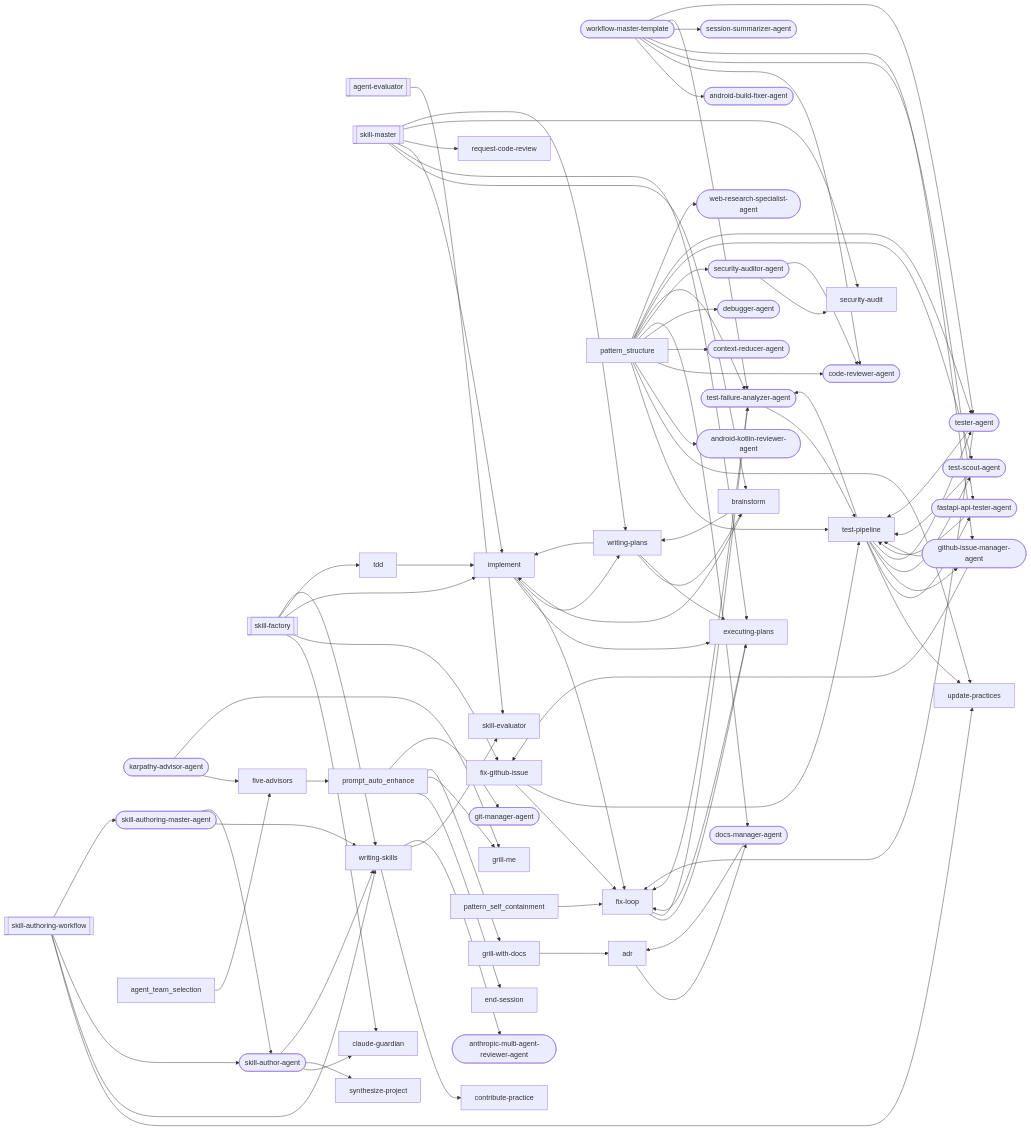
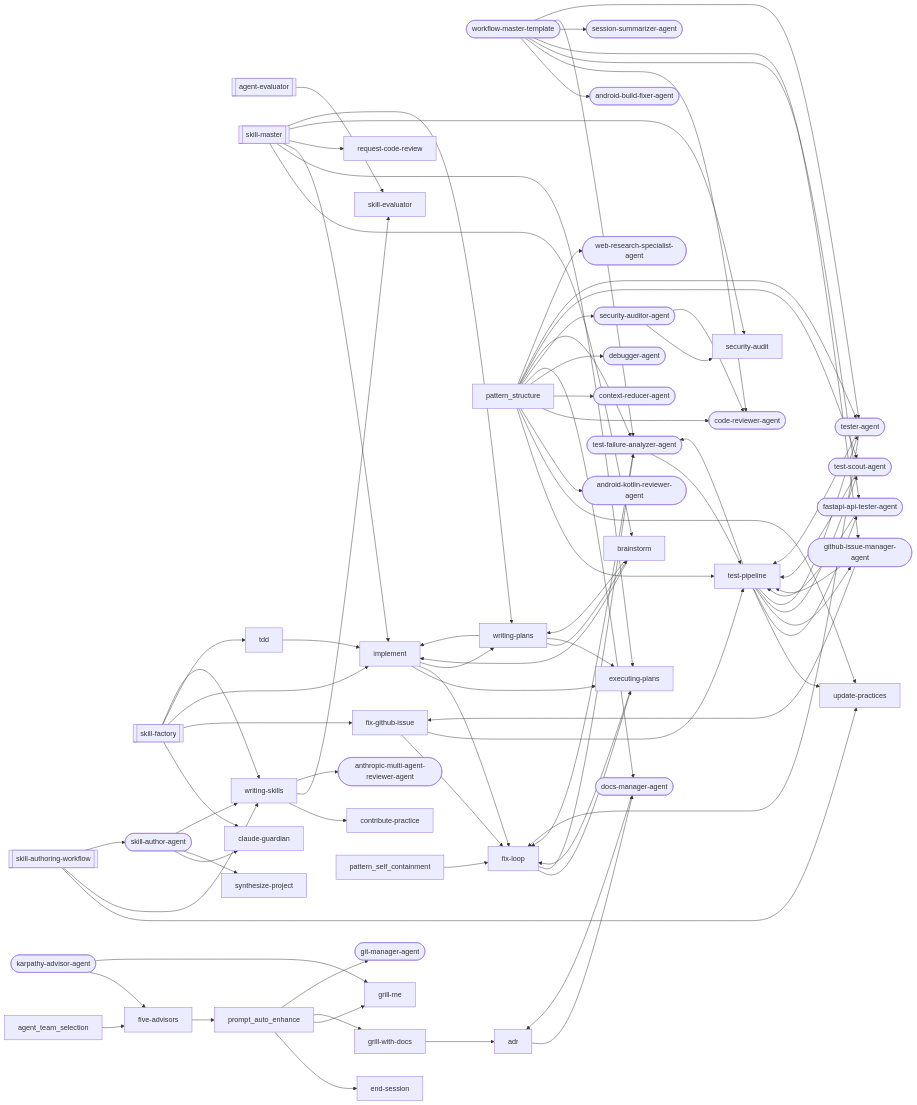
Before and after one commit to abhayla/claude-best-practices: the third of 30 diagrams in docs/workflows/skill-authoring.md, drawn with Mermaid. The commit also changed other lines of this file and 29 other files, not shown here.

```diff
--- a/docs/workflows/skill-authoring.md
+++ b/docs/workflows/skill-authoring.md
@@ -786,7 +782,6 @@
     security_auditor_agent(["security-auditor-agent"])
     session_summarizer_agent(["session-summarizer-agent"])
     skill_author_agent(["skill-author-agent"])
-    skill_authoring_master_agent(["skill-authoring-master-agent"])
     skill_evaluator["skill-evaluator"]
     synthesize_project["synthesize-project"]
     tdd["tdd"]
@@ -819,7 +814,6 @@
     skill_authoring_workflow --> update_practices
     skill_authoring_workflow --> writing_skills
     skill_authoring_workflow --> skill_author_agent
-    skill_authoring_workflow --> skill_authoring_master_agent
     skill_factory --> claude_guardian
     skill_factory --> fix_github_issue
     skill_factory --> implement
@@ -855,8 +849,6 @@
     skill_author_agent --> claude_guardian
     skill_author_agent --> synthesize_project
     skill_author_agent --> writing_skills
-    skill_authoring_master_agent --> writing_skills
-    skill_authoring_master_agent --> skill_author_agent
     test_failure_analyzer_agent --> fix_loop
     test_failure_analyzer_agent --> test_pipeline
     test_scout_agent --> test_pipeline
```
